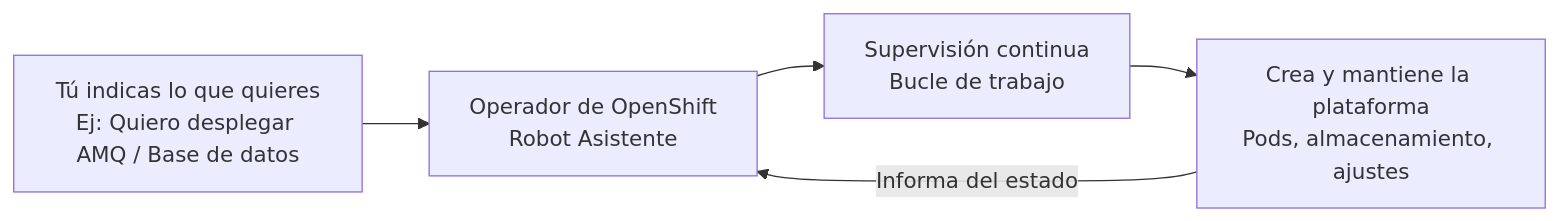
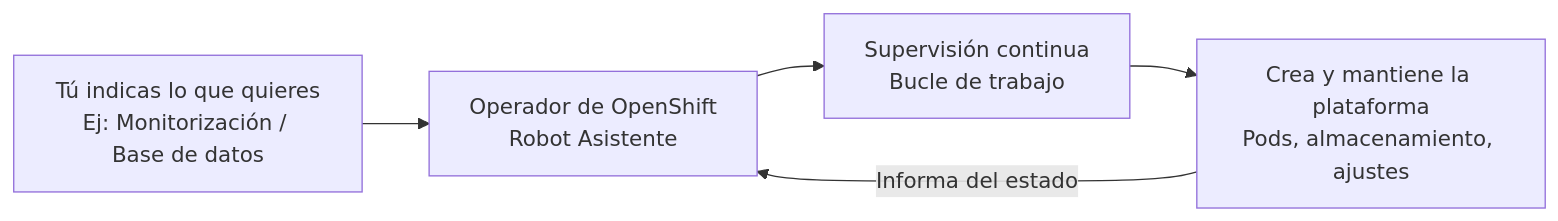
Before and after one commit to ieftraining/curso-openshift: the first of 3 diagrams in docs/sesion3/3.7 Operadores.md, drawn with Mermaid. The commit also changed other lines of this file, not shown here.

````diff
--- a/docs/sesion3/3.7 Operadores.md
+++ b/docs/sesion3/3.7 Operadores.md
@@ -25,7 +25,7 @@
 ```mermaid
 flowchart LR
-    A[Tú indicas lo que quieres<br>Ej: Quiero desplegar AMQ / Base de datos] --> B[Operador de OpenShift<br>Robot Asistente]
+    A[Tú indicas lo que quieres<br>Ej: Monitorización / Base de datos] --> B[Operador de OpenShift<br>Robot Asistente]
     B --> C[Supervisión continua<br>Bucle de trabajo]
     C --> D[Crea y mantiene la plataforma<br>Pods, almacenamiento, ajustes]
     D -->|Informa del estado| B
 ```
````
